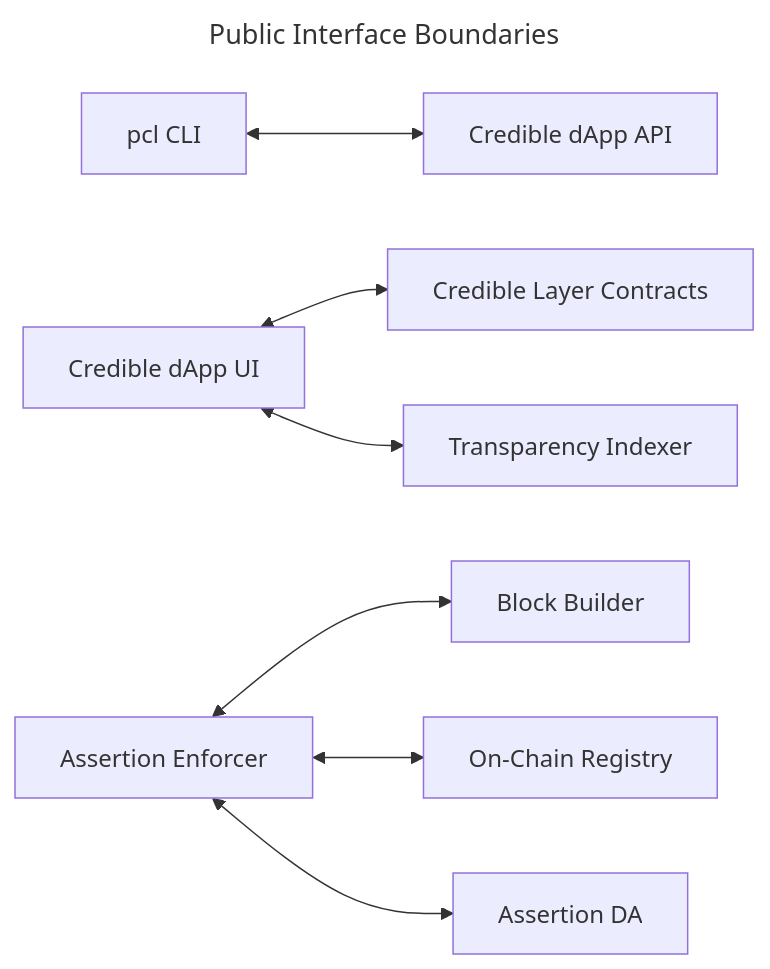
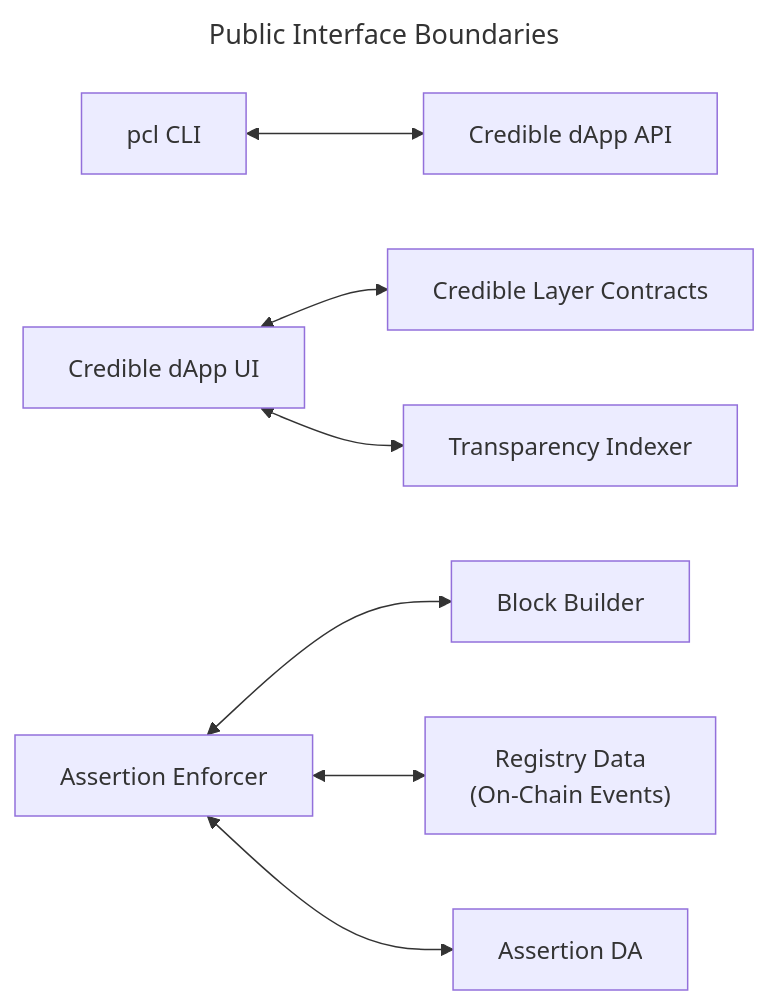
Before and after one commit to phylaxsystems/phylax-docs: the diagram in credible/interfaces-overview.mdx, drawn with Mermaid. The commit also changed other lines of this file and 9 other files, not shown here.

````diff
--- a/credible/interfaces-overview.mdx
+++ b/credible/interfaces-overview.mdx
@@ -11,12 +11,12 @@
 ```mermaid
 ---
 title: Public Interface Boundaries
 ---
 flowchart LR
   CLI[pcl CLI] <--> DappAPI[Credible dApp API]
   DappUI[Credible dApp UI] <--> Contracts[Credible Layer Contracts]
   DappUI <--> Indexer[Transparency Indexer]
   Enforcer[Assertion Enforcer] <--> Builder[Block Builder]
-  Enforcer <--> Registry[On-Chain Registry]
+  Enforcer <--> Registry["Registry Data<br/>(On-Chain Events)"]
   Enforcer <--> DA[Assertion DA]
 ```
````
